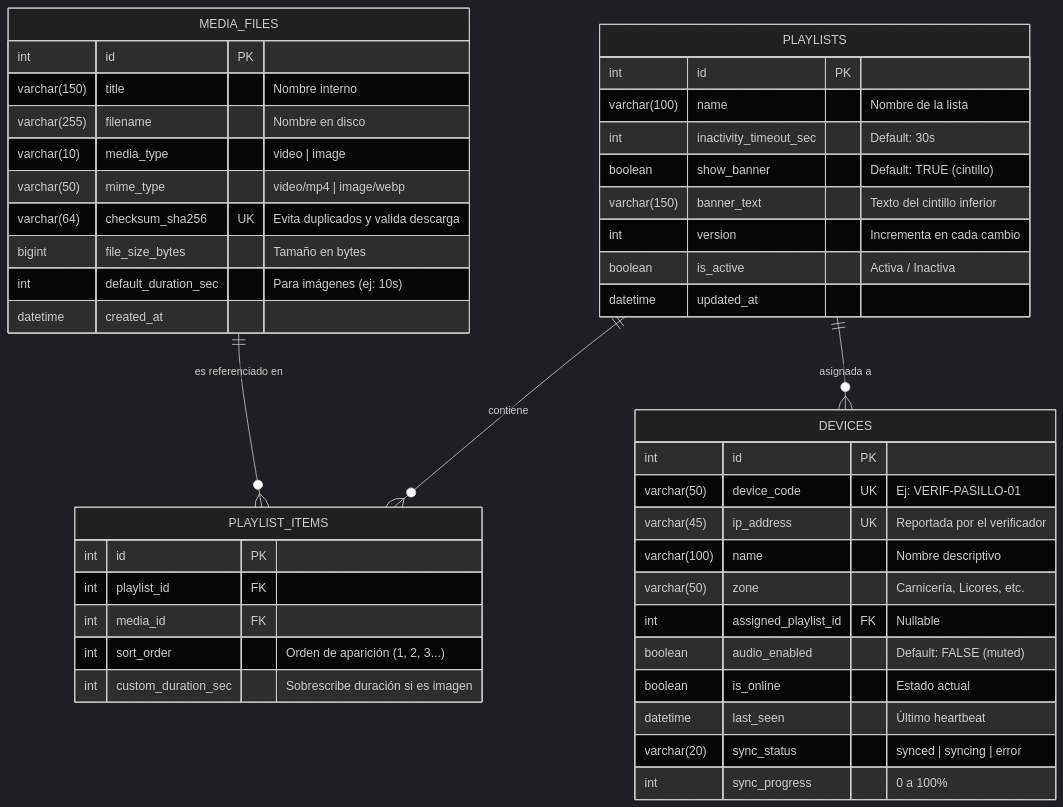
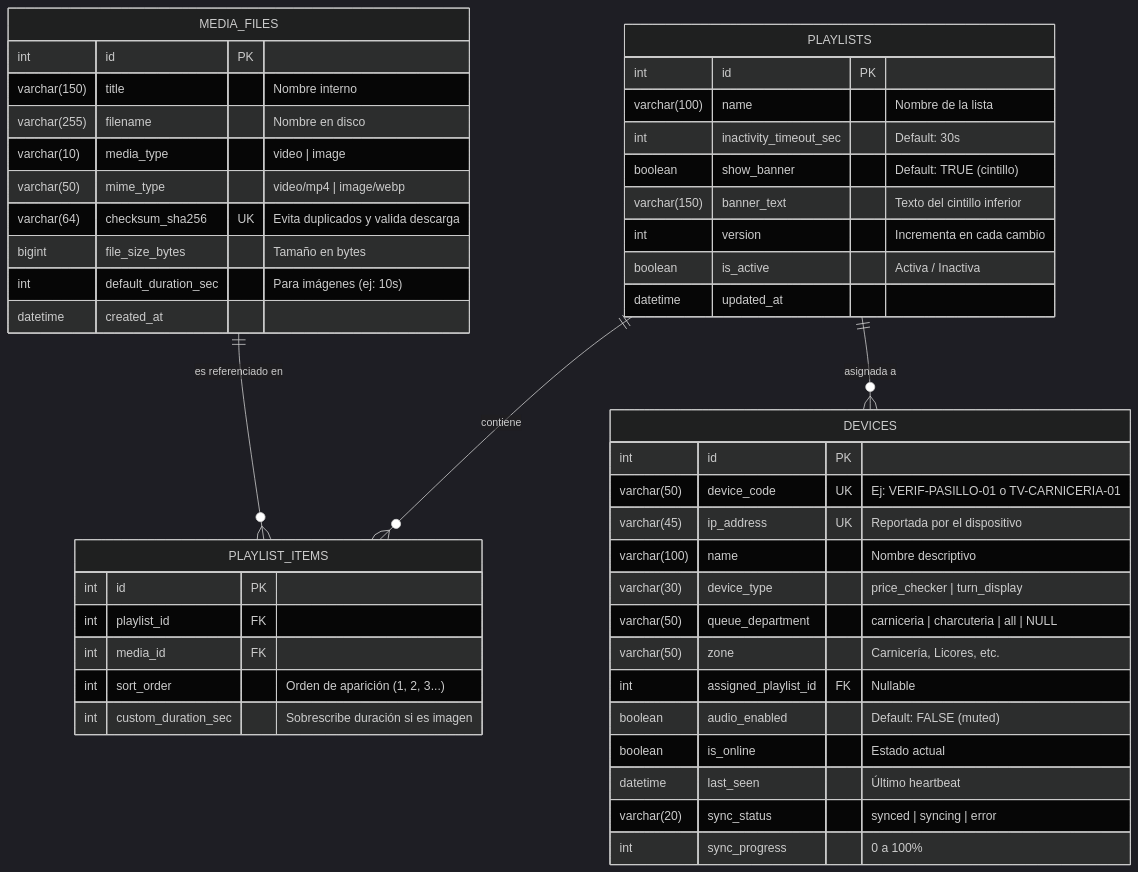
The second of 4 diagrams in propuesta-funcionalidad.md (dmz-pz/smart-price-checker), drawn with Mermaid (dark theme) before and after one commit. The commit also changed 1 other file, not shown here.

Commit message:
docs(signage): actualizar diseno tecnico para pantallas de turnos y agregar especificacion OpenAPI de RapidCola

````diff
--- a/propuesta-funcionalidad.md
+++ b/propuesta-funcionalidad.md
@@ -106,51 +106,53 @@
 ```mermaid
 erDiagram
     PLAYLISTS ||--o{ PLAYLIST_ITEMS : "contiene"
     MEDIA_FILES ||--o{ PLAYLIST_ITEMS : "es referenciado en"
     PLAYLISTS ||--o{ DEVICES : "asignada a"
 
     DEVICES {
         int id PK
-        varchar(50) device_code UK "Ej: VERIF-PASILLO-01"
-        varchar(45) ip_address UK "Reportada por el verificador"
+        varchar(50) device_code UK "Ej: VERIF-PASILLO-01 o TV-CARNICERIA-01"
+        varchar(45) ip_address UK "Reportada por el dispositivo"
         varchar(100) name "Nombre descriptivo"
+        varchar(30) device_type "price_checker | turn_display"
+        varchar(50) queue_department "carniceria | charcuteria | all | NULL"
         varchar(50) zone "Carnicería, Licores, etc."
         int assigned_playlist_id FK "Nullable"
         boolean audio_enabled "Default: FALSE (muted)"
         boolean is_online "Estado actual"
         datetime last_seen "Último heartbeat"
         varchar(20) sync_status "synced | syncing | error"
         int sync_progress "0 a 100%"
     }
 
     PLAYLISTS {
         int id PK
         varchar(100) name "Nombre de la lista"
         int inactivity_timeout_sec "Default: 30s"
         boolean show_banner "Default: TRUE (cintillo)"
         varchar(150) banner_text "Texto del cintillo inferior"
         int version "Incrementa en cada cambio"
         boolean is_active "Activa / Inactiva"
         datetime updated_at
     }
 
     MEDIA_FILES {
         int id PK
         varchar(150) title "Nombre interno"
         varchar(255) filename "Nombre en disco"
         varchar(10) media_type "video | image"
         varchar(50) mime_type "video/mp4 | image/webp"
         varchar(64) checksum_sha256 UK "Evita duplicados y valida descarga"
         bigint file_size_bytes "Tamaño en bytes"
         int default_duration_sec "Para imágenes (ej: 10s)"
         datetime created_at
     }
 
     PLAYLIST_ITEMS {
         int id PK
         int playlist_id FK
         int media_id FK
         int sort_order "Orden de aparición (1, 2, 3...)"
         int custom_duration_sec "Sobrescribe duración si es imagen"
     }
 ```
````
